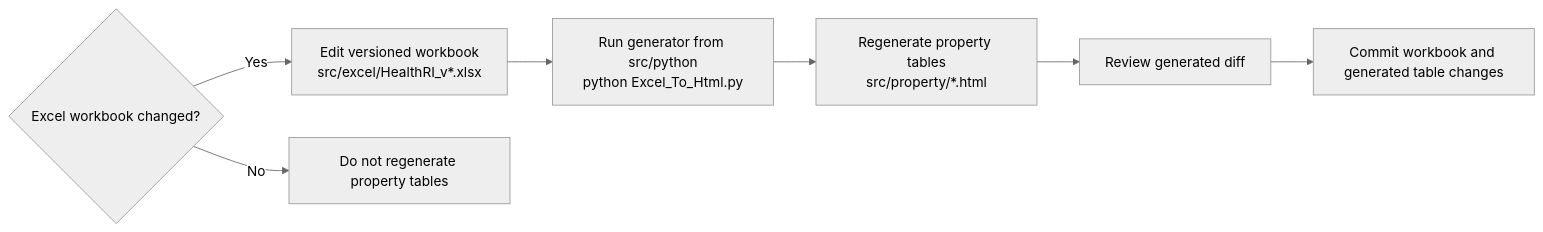
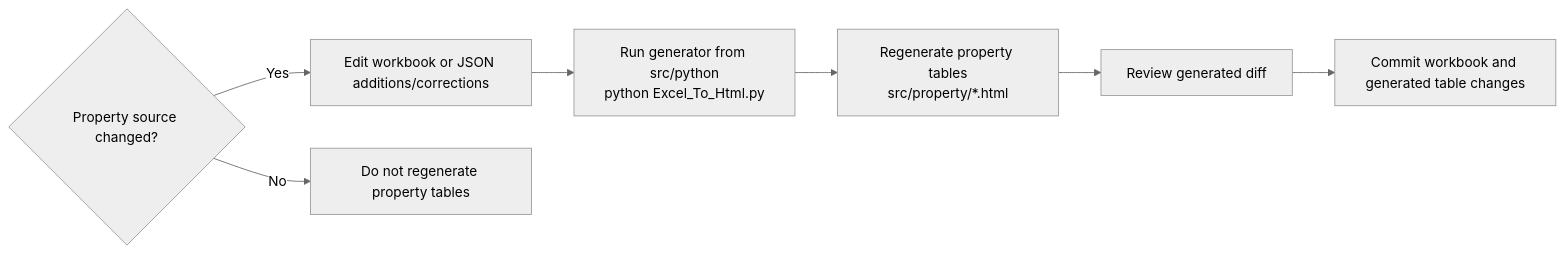
Before and after one commit to pedropaulofb/metadata-documentation: the first of 2 diagrams in README.md, drawn with Mermaid (neutral theme). The commit also changed other lines of this file and 1 other file, not shown here.

Commit message:
docs: clarify terminology bindings and source maintenance

````diff
--- a/README.md
+++ b/README.md
@@ -100,11 +100,11 @@
 ```mermaid
 flowchart LR
-    A{"Excel workbook changed?"}
-    A -- "Yes" --> B["Edit versioned workbook<br/>src/excel/HealthRI_v*.xlsx"]
+    A{"Property source changed?"}
+    A -- "Yes" --> B["Edit workbook or JSON additions/corrections"]
     A -- "No" --> F["Do not regenerate property tables"]
 
     B --> C["Run generator from src/python<br/>python Excel_To_Html.py"]
     C --> D["Regenerate property tables<br/>src/property/*.html"]
     D --> E["Review generated diff"]
     E --> G["Commit workbook and generated table changes"]
 ```
````
